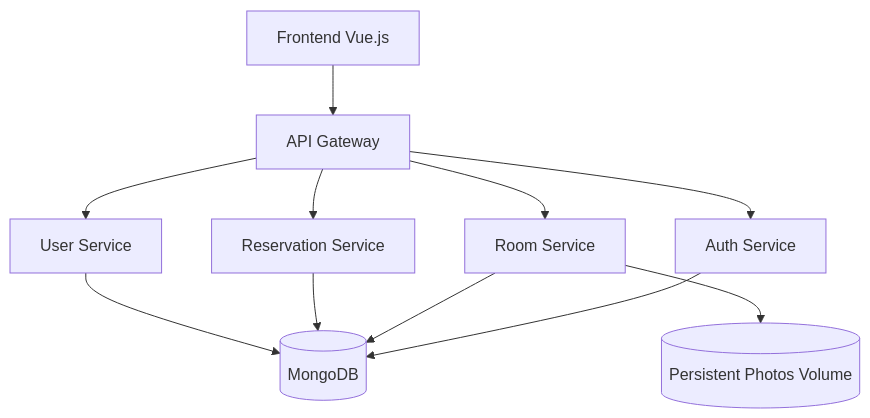
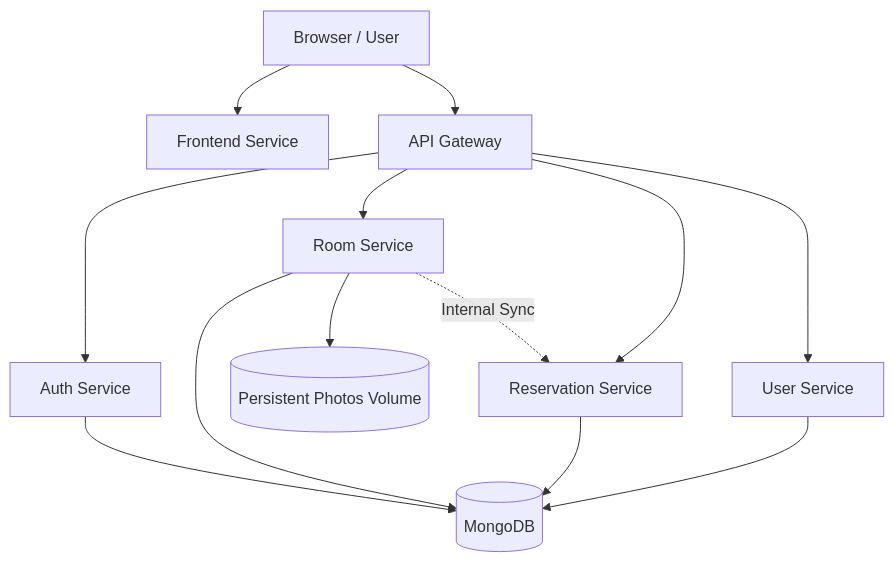
One commit to Pat-7-626/Study-Room-Booking-System changed the diagram in README.md. Above: the diagram before and after it, drawn with Mermaid. The commit also changed other lines of this file and 8 other files, not shown here.

````diff
--- a/README.md
+++ b/README.md
@@ -32,16 +46,19 @@
 ```mermaid
 graph TD
-    Client[Frontend Vue.js] --> Gateway[API Gateway]
+    Client[Browser / User] --> FE[Frontend Service]
+    Client --> Gateway[API Gateway]
 
     Gateway --> Auth[Auth Service]
     Gateway --> Room[Room Service]
     Gateway --> Res[Reservation Service]
     Gateway --> User[User Service]
 
     Auth --> DB[(MongoDB)]
     Room --> DB[(MongoDB)]
     Res --> DB[(MongoDB)]
     User --> DB[(MongoDB)]
 
     Room --> Vol[(Persistent Photos Volume)]
+
+    Room -.->|Internal Sync| Res
 ```
````
